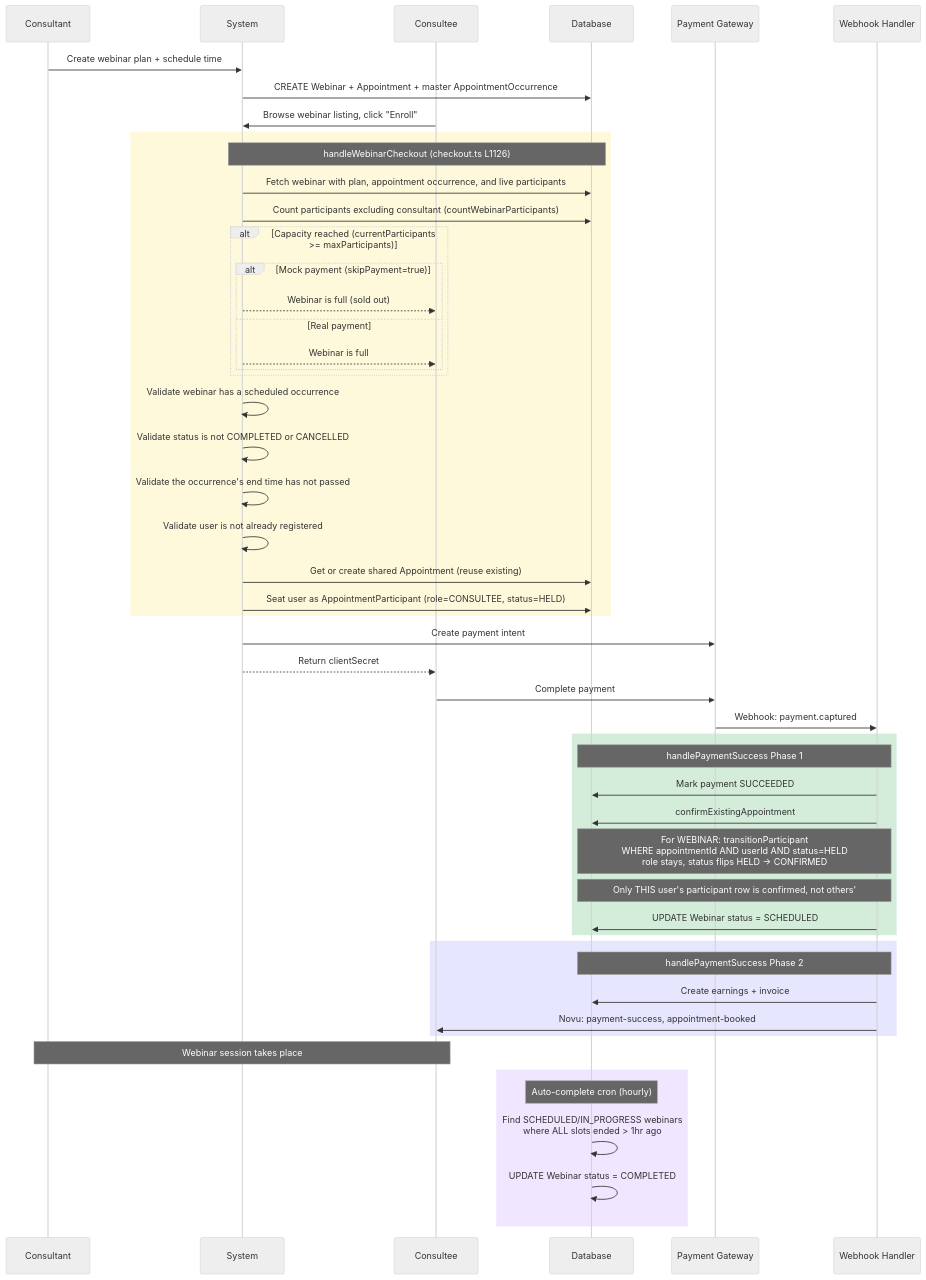
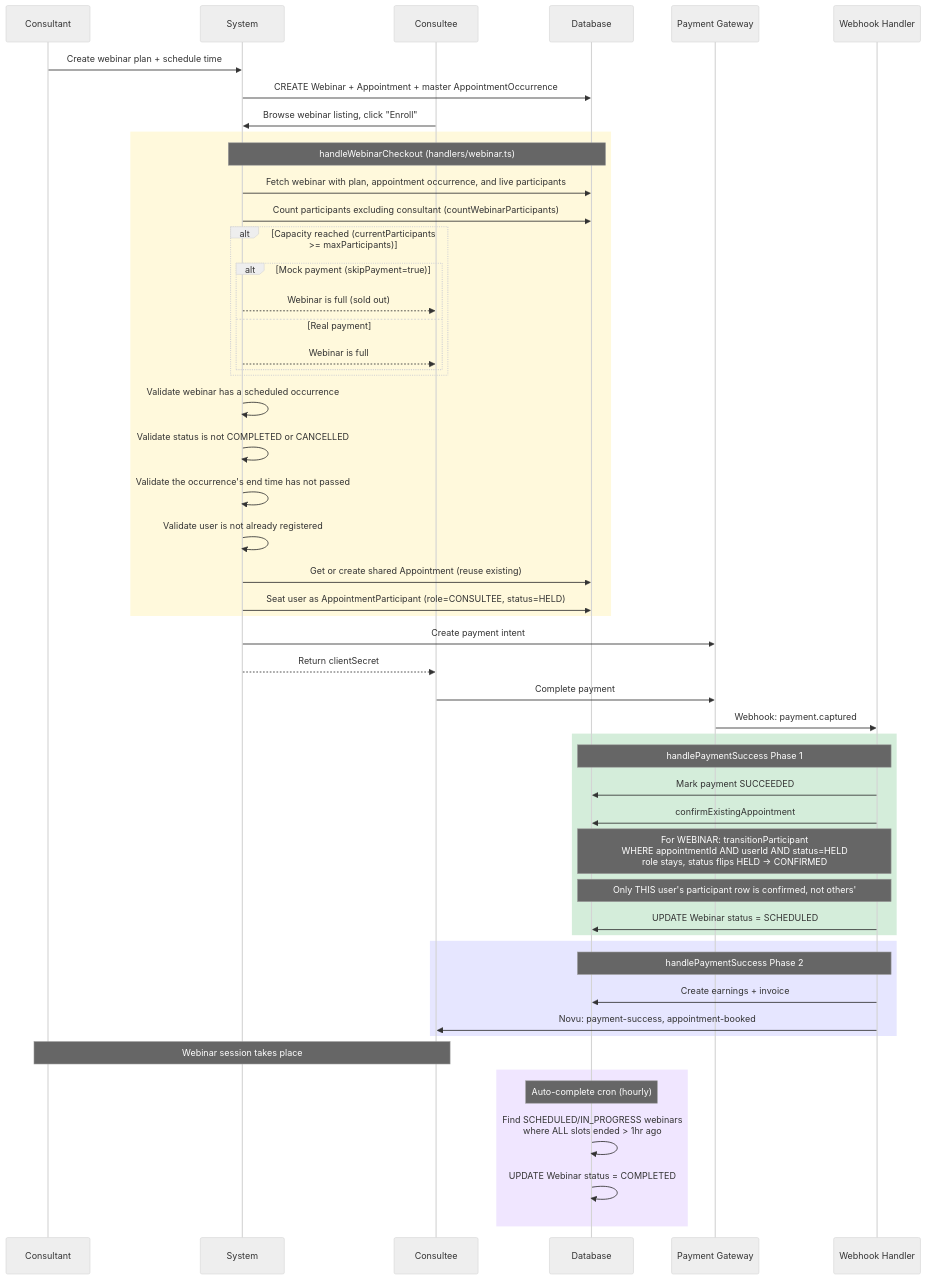
The sixth of 16 diagrams in docs/booking/06-booking-lifecycle.md (Practitionist/familiarise_web), drawn with Mermaid (neutral theme) before and after one commit. The commit also changed other lines of this file and 78 other files, not shown here.

````diff
--- a/docs/booking/06-booking-lifecycle.md
+++ b/docs/booking/06-booking-lifecycle.md
@@ -432,64 +430,64 @@
 ```mermaid
 sequenceDiagram
     participant CT as Consultant
     participant SYS as System
     participant CE as Consultee
     participant DB as Database
     participant GW as Payment Gateway
     participant WH as Webhook Handler
 
     CT->>SYS: Create webinar plan + schedule time
     SYS->>DB: CREATE Webinar + Appointment + master AppointmentOccurrence
 
     CE->>SYS: Browse webinar listing, click "Enroll"
 
     rect rgb(255, 249, 220)
-        Note over SYS,DB: handleWebinarCheckout (checkout.ts L1126)
+        Note over SYS,DB: handleWebinarCheckout (handlers/webinar.ts)
         SYS->>DB: Fetch webinar with plan, appointment occurrence, and live participants
         SYS->>DB: Count participants excluding consultant (countWebinarParticipants)
 
         alt Capacity reached (currentParticipants >= maxParticipants)
             alt Mock payment (skipPayment=true)
                 SYS-->>CE: Webinar is full (sold out)
             else Real payment
                 SYS-->>CE: Webinar is full
             end
         end
 
         SYS->>SYS: Validate webinar has a scheduled occurrence
         SYS->>SYS: Validate status is not COMPLETED or CANCELLED
         SYS->>SYS: Validate the occurrence's end time has not passed
         SYS->>SYS: Validate user is not already registered
 
         SYS->>DB: Get or create shared Appointment (reuse existing)
         SYS->>DB: Seat user as AppointmentParticipant (role=CONSULTEE, status=HELD)
     end
 
     SYS->>GW: Create payment intent
     SYS-->>CE: Return clientSecret
     CE->>GW: Complete payment
     GW->>WH: Webhook: payment.captured
 
     rect rgb(212, 237, 218)
         Note over WH,DB: handlePaymentSuccess Phase 1
         WH->>DB: Mark payment SUCCEEDED
         WH->>DB: confirmExistingAppointment
         Note over WH,DB: For WEBINAR: transitionParticipant<br/>WHERE appointmentId AND userId AND status=HELD<br/>role stays, status flips HELD -> CONFIRMED
         Note over WH,DB: Only THIS user's participant row is confirmed, not others'
         WH->>DB: UPDATE Webinar status = SCHEDULED
     end
 
     rect rgb(230, 230, 255)
         Note over WH,DB: handlePaymentSuccess Phase 2
         WH->>DB: Create earnings + invoice
         WH->>CE: Novu: payment-success, appointment-booked
     end
 
     Note over CT,CE: Webinar session takes place
 
     rect rgb(240, 230, 255)
         Note over DB: Auto-complete cron (hourly)
         DB->>DB: Find SCHEDULED/IN_PROGRESS webinars<br/>where ALL slots ended > 1hr ago
         DB->>DB: UPDATE Webinar status = COMPLETED
     end
 ```
````
